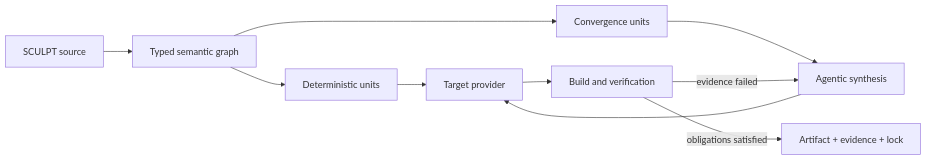
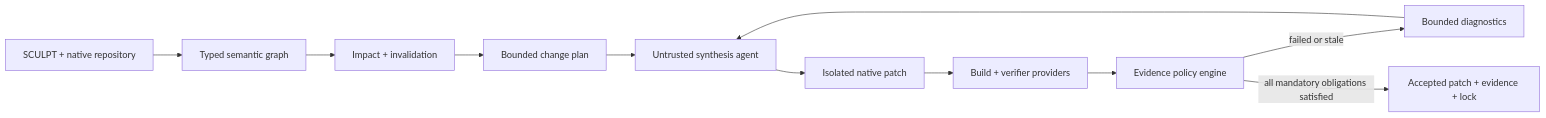
Before and after one commit to iret77/sculpt: the diagram in docs/SCULPT_Convergent_Programming_Concept.md, drawn with Mermaid. The commit also changed other lines of this file and 17 other files, not shown here.

Commit message:
docs: refocus SCULPT on evidence-carrying brownfield changes

````diff
--- a/docs/SCULPT_Convergent_Programming_Concept.md
+++ b/docs/SCULPT_Convergent_Programming_Concept.md
@@ -156,12 +261,13 @@
-```mermaid
+~~~mermaid
 flowchart LR
-  A["SCULPT source"] --> B["Typed semantic graph"]
-  B --> C["Deterministic units"]
-  B --> D["Convergence units"]
-  D --> E["Agentic synthesis"]
-  C --> F["Target provider"]
-  E --> F
-  F --> G["Build and verification"]
-  G -->|"evidence failed"| E
-  G -->|"obligations satisfied"| H["Artifact + evidence + lock"]
-```
+  A["SCULPT + native repository"] --> B["Typed semantic graph"]
+  B --> C["Impact + invalidation"]
+  C --> D["Bounded change plan"]
+  D --> E["Untrusted synthesis agent"]
+  E --> F["Isolated native patch"]
+  F --> G["Build + verifier providers"]
+  G --> H["Evidence policy engine"]
+  H -->|"failed or stale"| I["Bounded diagnostics"]
+  I --> E
+  H -->|"all mandatory obligations satisfied"| J["Accepted patch + evidence + lock"]
+~~~
````
